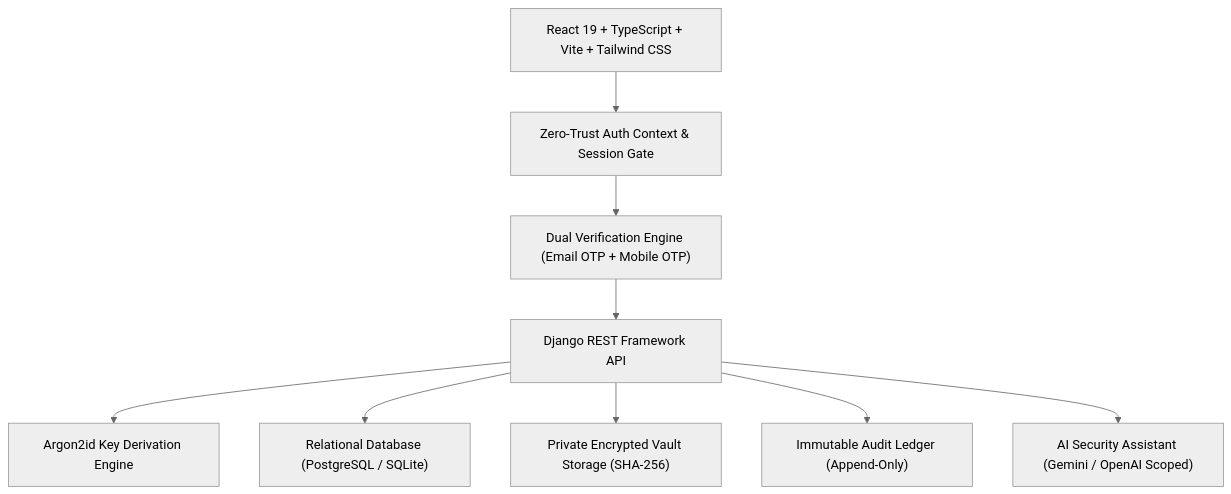
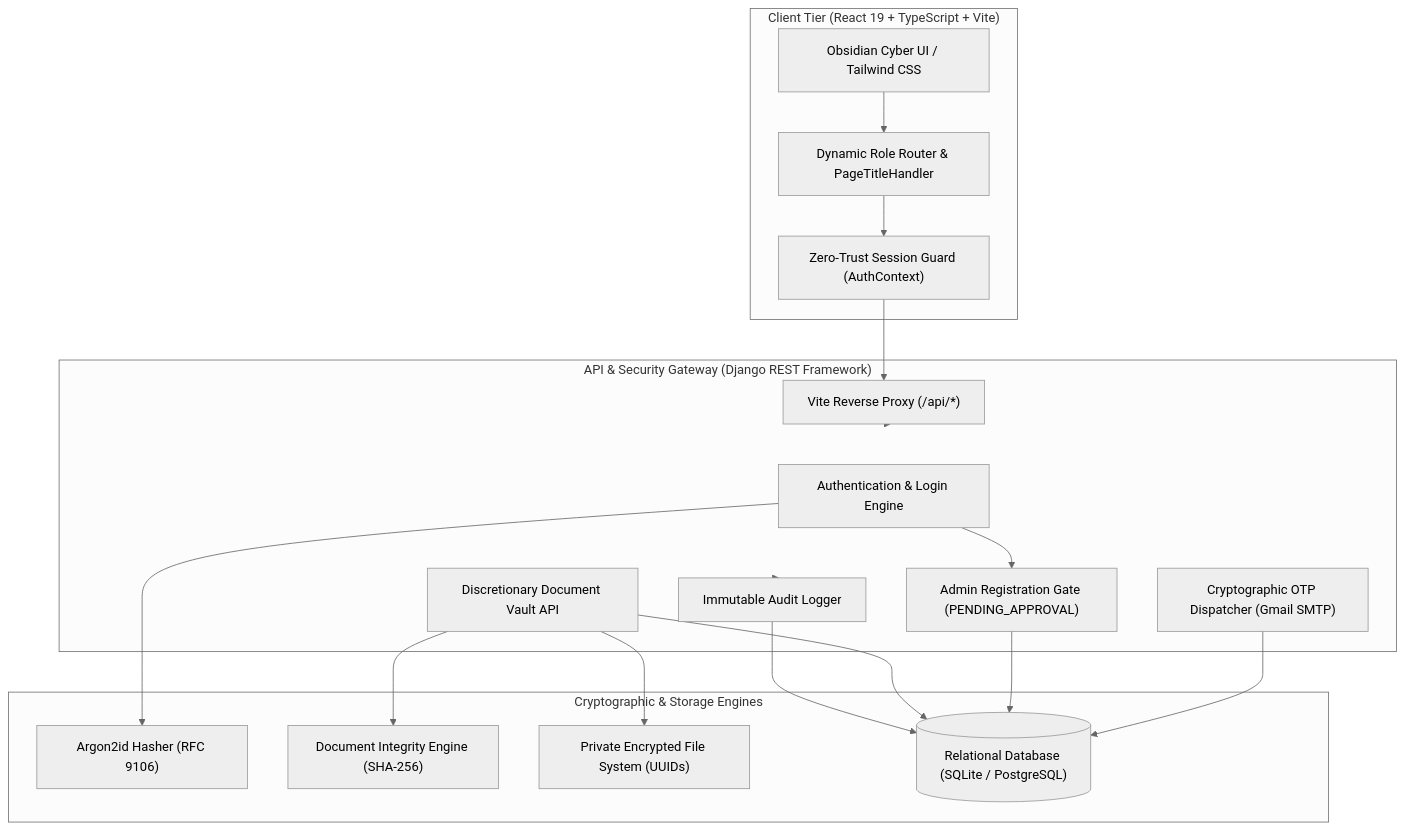
One commit to Maneesh724/TrustVault changed the diagram in README.md. Above: the diagram before and after it, drawn with Mermaid (neutral theme). The commit also changed other lines of this file and 54 other files, not shown here.

````diff
--- a/README.md
+++ b/README.md
@@ -32,21 +76,38 @@
 ```mermaid
 flowchart TD
-    Client["React 19 + TypeScript + Vite + Tailwind CSS"]
-    AuthContext["Zero-Trust Auth Context & Session Gate"]
-    DualOTP["Dual Verification Engine (Email OTP + Mobile OTP)"]
-    API["Django REST Framework API"]
-    Argon2["Argon2id Key Derivation Engine"]
-    RelationalDB["Relational Database (PostgreSQL / SQLite)"]
-    Storage["Private Encrypted Vault Storage (SHA-256)"]
-    Audit["Immutable Audit Ledger (Append-Only)"]
-    AIEngine["AI Security Assistant (Gemini / OpenAI Scoped)"]
+    subgraph Client["Client Tier (React 19 + TypeScript + Vite)"]
+        UI["Obsidian Cyber UI / Tailwind CSS"]
+        Router["Dynamic Role Router & PageTitleHandler"]
+        AuthCtx["Zero-Trust Session Guard (AuthContext)"]
+    end
 
-    Client --> AuthContext
-    AuthContext --> DualOTP
-    DualOTP --> API
-    API --> Argon2
-    API --> RelationalDB
-    API --> Storage
-    API --> Audit
-    API --> AIEngine
+    subgraph Gateway["API & Security Gateway (Django REST Framework)"]
+        Proxy["Vite Reverse Proxy (/api/*)"]
+        AuthView["Authentication & Login Engine"]
+        OTPView["Cryptographic OTP Dispatcher (Gmail SMTP)"]
+        ApprovalGate["Admin Registration Gate (PENDING_APPROVAL)"]
+        DocView["Discretionary Document Vault API"]
+        AuditView["Immutable Audit Logger"]
+    end
+
+    subgraph Security["Cryptographic & Storage Engines"]
+        Argon2["Argon2id Hasher (RFC 9106)"]
+        SHA256["Document Integrity Engine (SHA-256)"]
+        VaultStorage["Private Encrypted File System (UUIDs)"]
+        Database[("Relational Database (SQLite / PostgreSQL)")]
+    end
+
+    UI --> Router
+    Router --> AuthCtx
+    AuthCtx --> Proxy
+    Proxy --> Gateway
+    OTPView --> Database
+    AuthView --> Argon2
+    AuthView --> ApprovalGate
+    ApprovalGate --> Database
+    DocView --> SHA256
+    DocView --> VaultStorage
+    DocView --> Database
+    Gateway --> AuditView
+    AuditView --> Database
 ```
````
